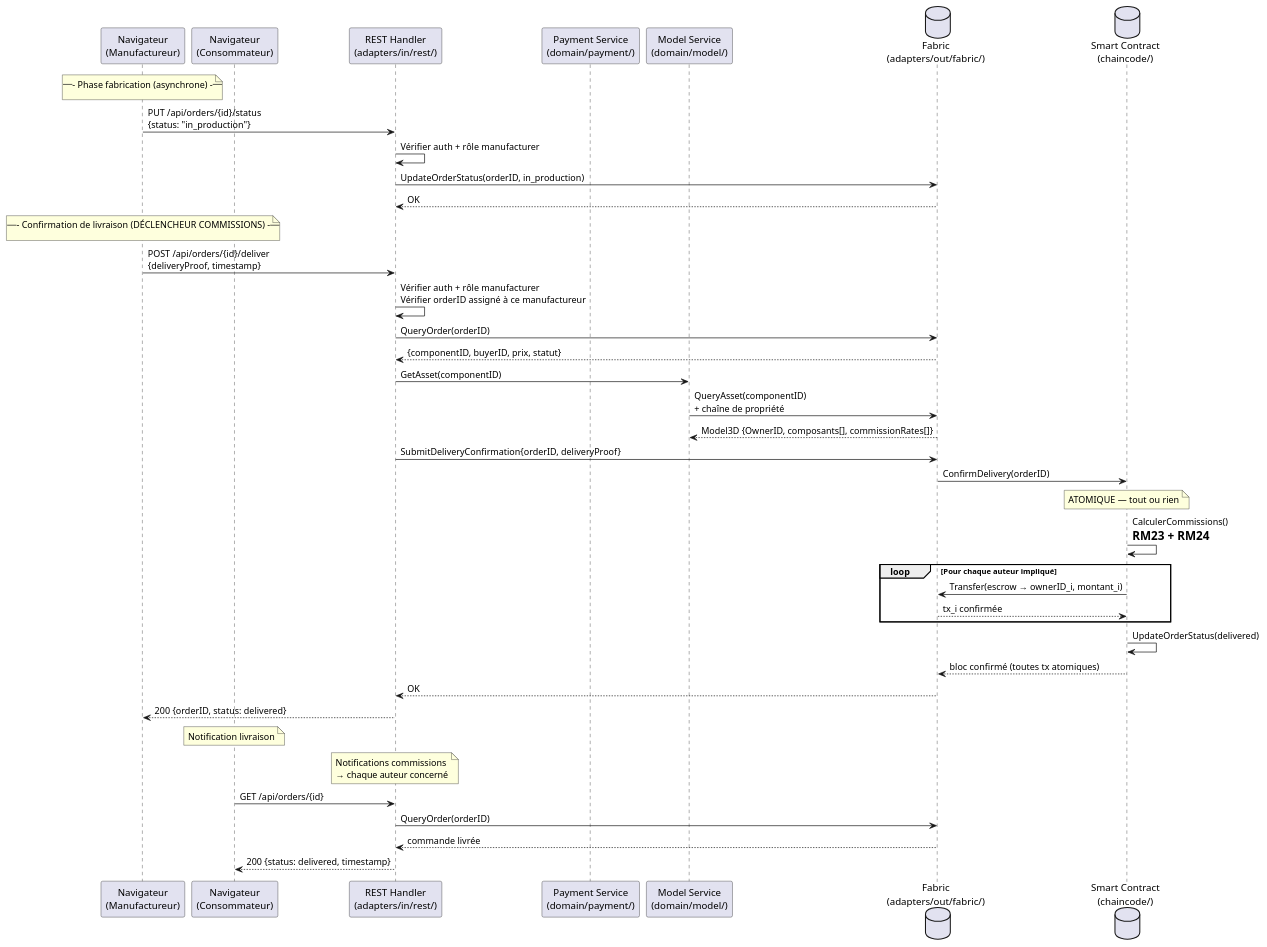
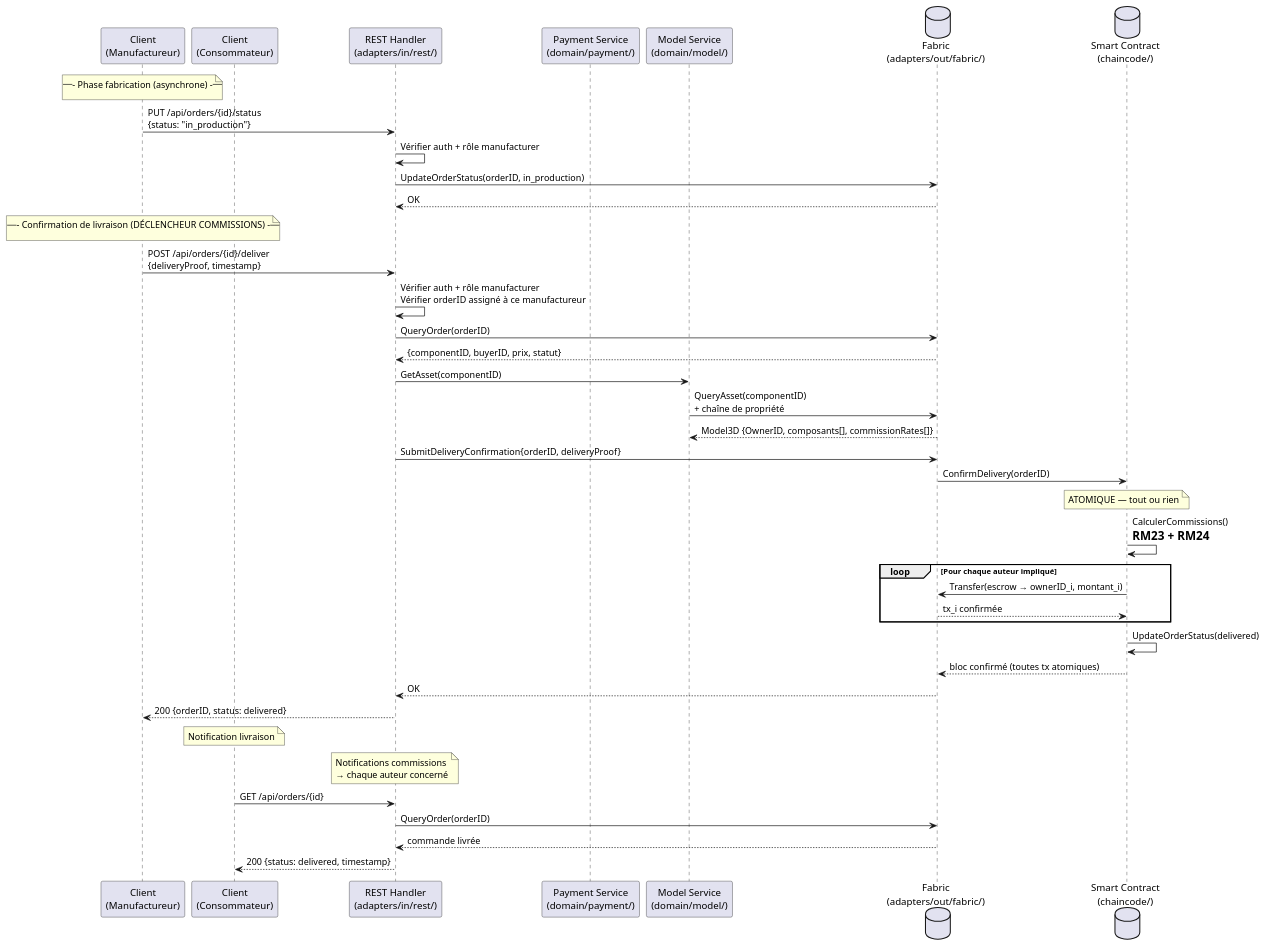
Before and after one commit to olivaux/myr: the second of 2 diagrams in specs/2-Analyse/UCAUT-Automatisation/UCAUT01.md, drawn with PlantUML. The commit also changed other lines of this file and 72 other files, not shown here.

````diff
--- a/specs/2-Analyse/UCAUT-Automatisation/UCAUT01.md
+++ b/specs/2-Analyse/UCAUT-Automatisation/UCAUT01.md
@@ -119,53 +119,53 @@
 ```plantuml
 @startuml
-participant "Navigateur\n(Manufactureur)" as BrowserMfr
-participant "Navigateur\n(Consommateur)" as BrowserCons
+participant "Client\n(Manufactureur)" as BrowserMfr
+participant "Client\n(Consommateur)" as BrowserCons
 participant "REST Handler\n(adapters/in/rest/)" as REST
 participant "Payment Service\n(domain/payment/)" as PaySvc
 participant "Model Service\n(domain/model/)" as ModelSvc
 database "Fabric\n(adapters/out/fabric/)" as Fabric
 database "Smart Contract\n(chaincode/)" as CC
 
 note over BrowserMfr : --- Phase fabrication (asynchrone) ---
 BrowserMfr -> REST : PUT /api/orders/{id}/status\n{status: "in_production"}
 REST -> REST : Vérifier auth + rôle manufacturer
 REST -> Fabric : UpdateOrderStatus(orderID, in_production)
 Fabric --> REST : OK
 
 note over BrowserMfr : --- Confirmation de livraison (DÉCLENCHEUR COMMISSIONS) ---
 BrowserMfr -> REST : POST /api/orders/{id}/deliver\n{deliveryProof, timestamp}
 REST -> REST : Vérifier auth + rôle manufacturer\nVérifier orderID assigné à ce manufactureur
 
 REST -> Fabric : QueryOrder(orderID)
 Fabric --> REST : {componentID, buyerID, prix, statut}
 
 REST -> ModelSvc : GetAsset(componentID)
 ModelSvc -> Fabric : QueryAsset(componentID)\n+ chaîne de propriété
 Fabric --> ModelSvc : Model3D {OwnerID, composants[], commissionRates[]}
 
 REST -> Fabric : SubmitDeliveryConfirmation{orderID, deliveryProof}
 Fabric -> CC : ConfirmDelivery(orderID)
 
 note over CC : ATOMIQUE — tout ou rien
 CC -> CC : CalculerCommissions()\n= RM23 + RM24
 loop Pour chaque auteur impliqué
     CC -> Fabric : Transfer(escrow → ownerID_i, montant_i)
     Fabric --> CC : tx_i confirmée
 end
 
 CC -> CC : UpdateOrderStatus(delivered)
 CC --> Fabric : bloc confirmé (toutes tx atomiques)
 Fabric --> REST : OK
 
 REST --> BrowserMfr : 200 {orderID, status: delivered}
 
 note over BrowserCons : Notification livraison
 note over REST : Notifications commissions\n→ chaque auteur concerné
 
 BrowserCons -> REST : GET /api/orders/{id}
 REST -> Fabric : QueryOrder(orderID)
 Fabric --> REST : commande livrée
 REST --> BrowserCons : 200 {status: delivered, timestamp}
 
 @enduml
 ```
````
